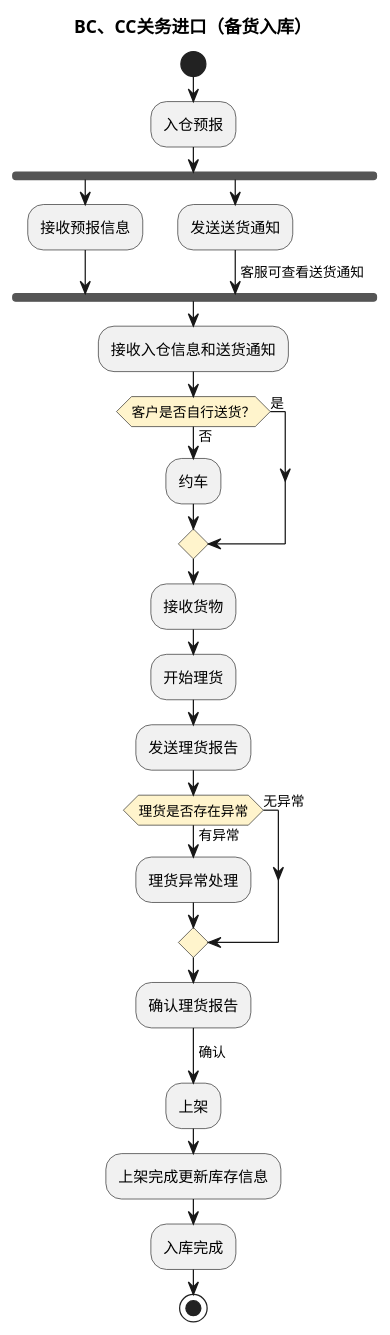
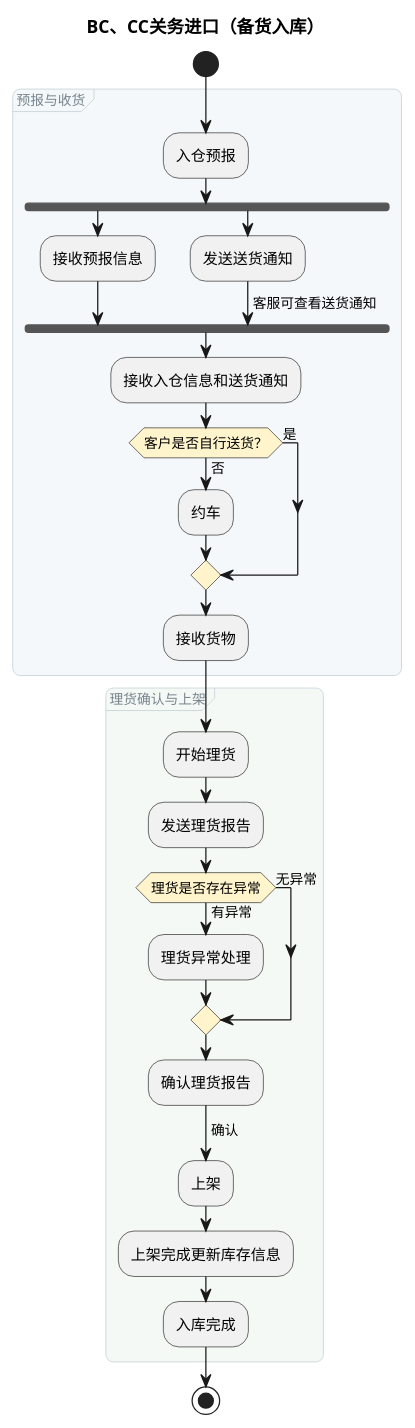
One commit to jack888332/projects-doc changed the first of 6 diagrams in product-caliber/goldjet/segmented-prd/mainflow/PRD.高捷物流系统一期.主流程.05.跨境电商BC、个人物品CC进口详细流程.md. Above: the diagram before and after it, drawn with PlantUML. The commit also changed other lines of this file and 16 other files, not shown here.

Commit message:
给DSL图分组

````diff
--- a/product-caliber/goldjet/segmented-prd/mainflow/PRD.高捷物流系统一期.主流程.05.跨境电商BC、个人物品CC进口详细流程.md
+++ b/product-caliber/goldjet/segmented-prd/mainflow/PRD.高捷物流系统一期.主流程.05.跨境电商BC、个人物品CC进口详细流程.md
@@ -10,32 +10,48 @@
 ```plantuml
 @startuml
 skinparam activityDiamondBackgroundColor #FFF4CC
+<style>
+activityDiagram {
+  group {
+    LineColor #CAD5DA
+    LineThickness 0.7
+    RoundCorner 12
+    FontColor #78848D
+    FontSize 11
+    FontStyle plain
+  }
+}
+</style>
 title BC、CC关务进口（备货入库）
 start
+group 预报与收货 #F4F8FA {
 :入仓预报;
 fork
   :接收预报信息;
 fork again
   :发送送货通知;
   -> 客服可查看送货通知;
 end fork
 :接收入仓信息和送货通知;
 if (客户是否自行送货？) then (是)
 else (否)
   :约车;
 endif
 :接收货物;
+}
+group 理货确认与上架 #F5F9F6 {
 :开始理货;
 :发送理货报告;
 if (理货是否存在异常) then (有异常)
   :理货异常处理;
 else (无异常)
 endif
 :确认理货报告;
 -> 确认;
 :上架;
 :上架完成更新库存信息;
 :入库完成;
+}
 stop
 @enduml
 ```
````
